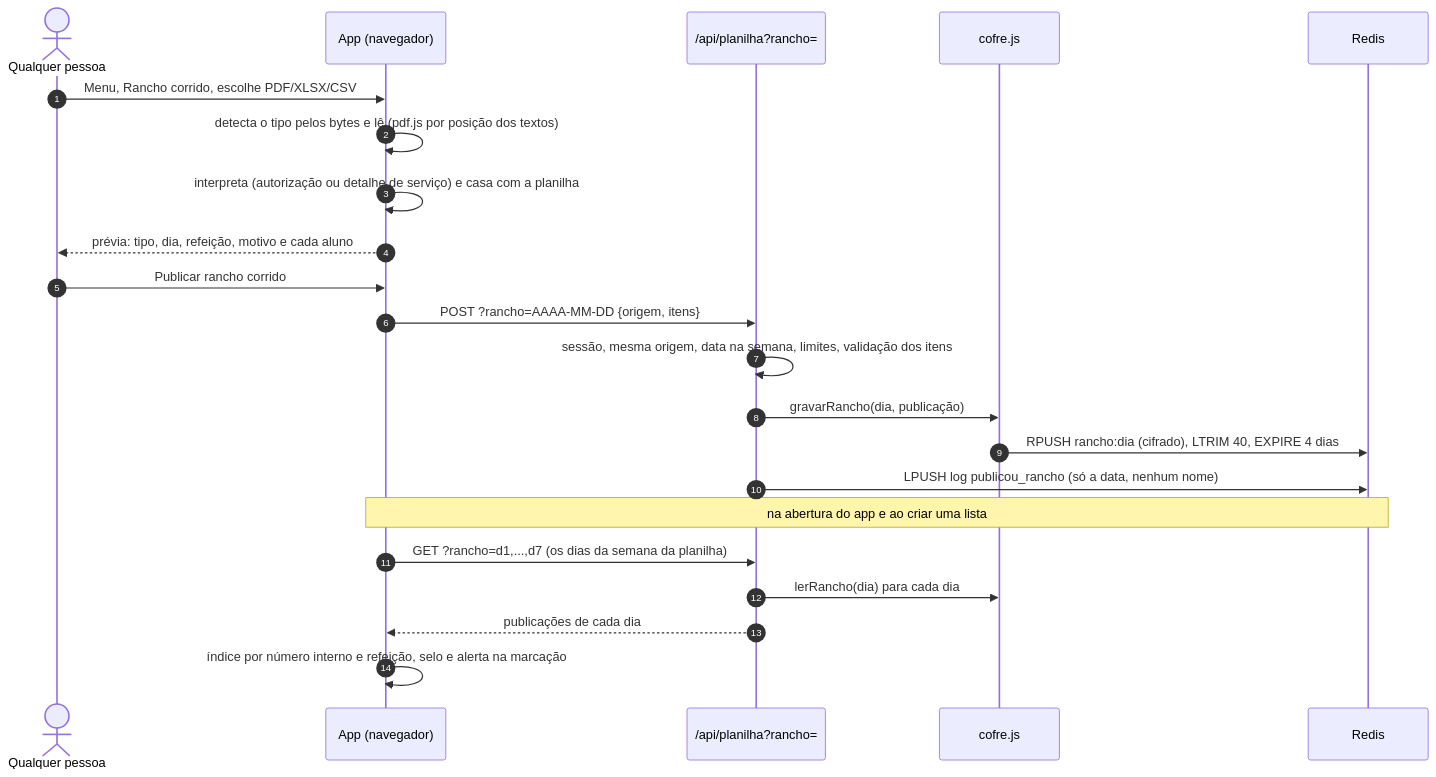
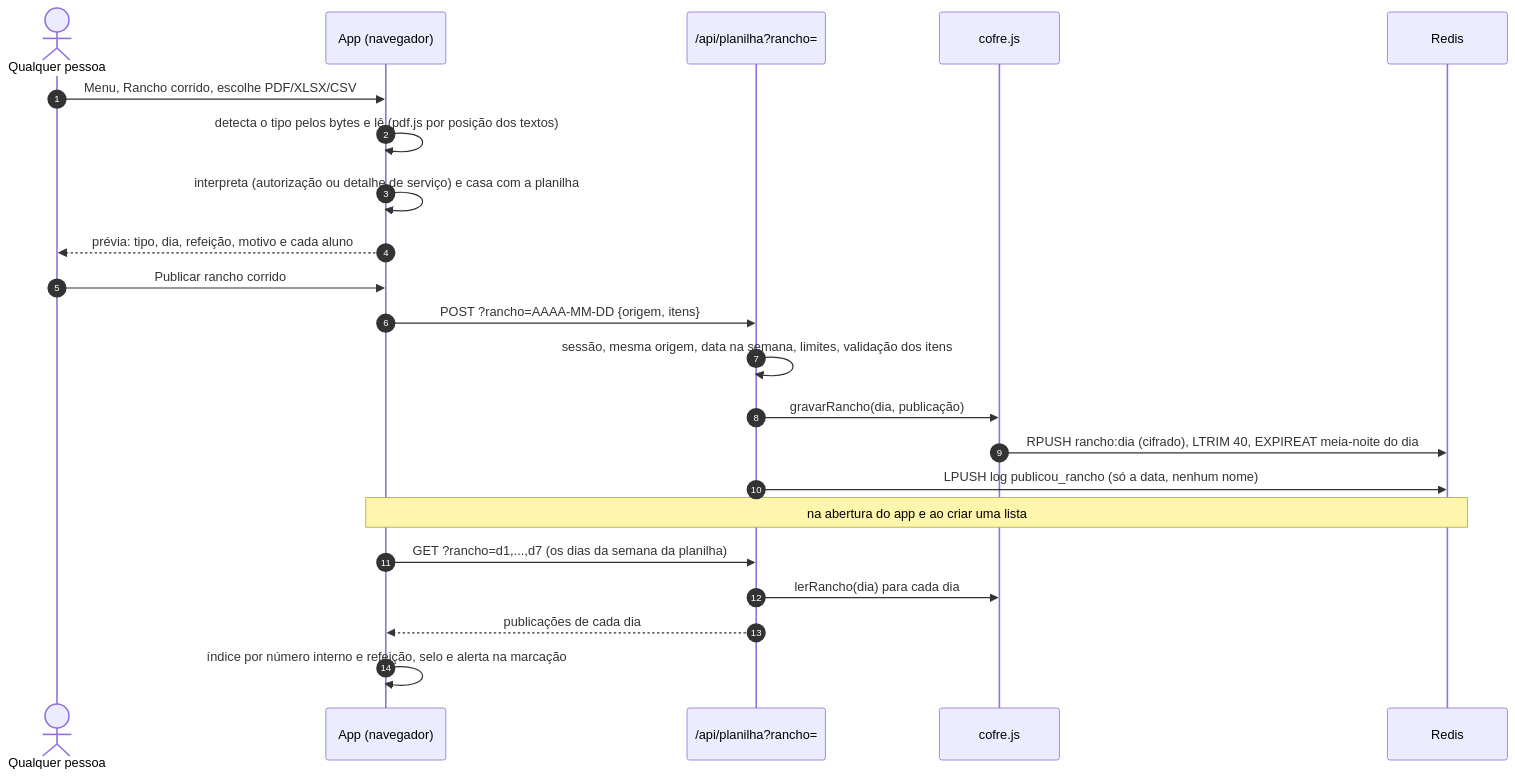
Before and after one commit to GiuColucci/Municiamento_CIAGA: diagram 18 of 19 in docs/ARQUITETURA_E_FLUXO.md, drawn with Mermaid. The commit also changed other lines of this file and 23 other files, not shown here.

First line of the commit message:
Rancho corrido: só arquivos (sem foto), motivo "Serviço", um dia por vez e apagado à meia-noite

````diff
--- a/docs/ARQUITETURA_E_FLUXO.md
+++ b/docs/ARQUITETURA_E_FLUXO.md
@@ -582,25 +582,25 @@
 ```mermaid
 sequenceDiagram
   autonumber
   actor P as Qualquer pessoa
   participant APP as App (navegador)
   participant API as /api/planilha?rancho=
   participant COF as cofre.js
   participant R as Redis
 
   P->>APP: Menu, Rancho corrido, escolhe PDF/XLSX/CSV
   APP->>APP: detecta o tipo pelos bytes e lê (pdf.js por posição dos textos)
   APP->>APP: interpreta (autorização ou detalhe de serviço) e casa com a planilha
   APP-->>P: prévia: tipo, dia, refeição, motivo e cada aluno
   P->>APP: Publicar rancho corrido
   APP->>API: POST ?rancho=AAAA-MM-DD {origem, itens}
   API->>API: sessão, mesma origem, data na semana, limites, validação dos itens
   API->>COF: gravarRancho(dia, publicação)
-  COF->>R: RPUSH rancho:dia (cifrado), LTRIM 40, EXPIRE 4 dias
+  COF->>R: RPUSH rancho:dia (cifrado), LTRIM 40, EXPIREAT meia-noite do dia
   API->>R: LPUSH log publicou_rancho (só a data, nenhum nome)
   Note over APP,R: na abertura do app e ao criar uma lista
   APP->>API: GET ?rancho=d1,...,d7 (os dias da semana da planilha)
   API->>COF: lerRancho(dia) para cada dia
   API-->>APP: publicações de cada dia
   APP->>APP: índice por número interno e refeição, selo e alerta na marcação
 ```
````
